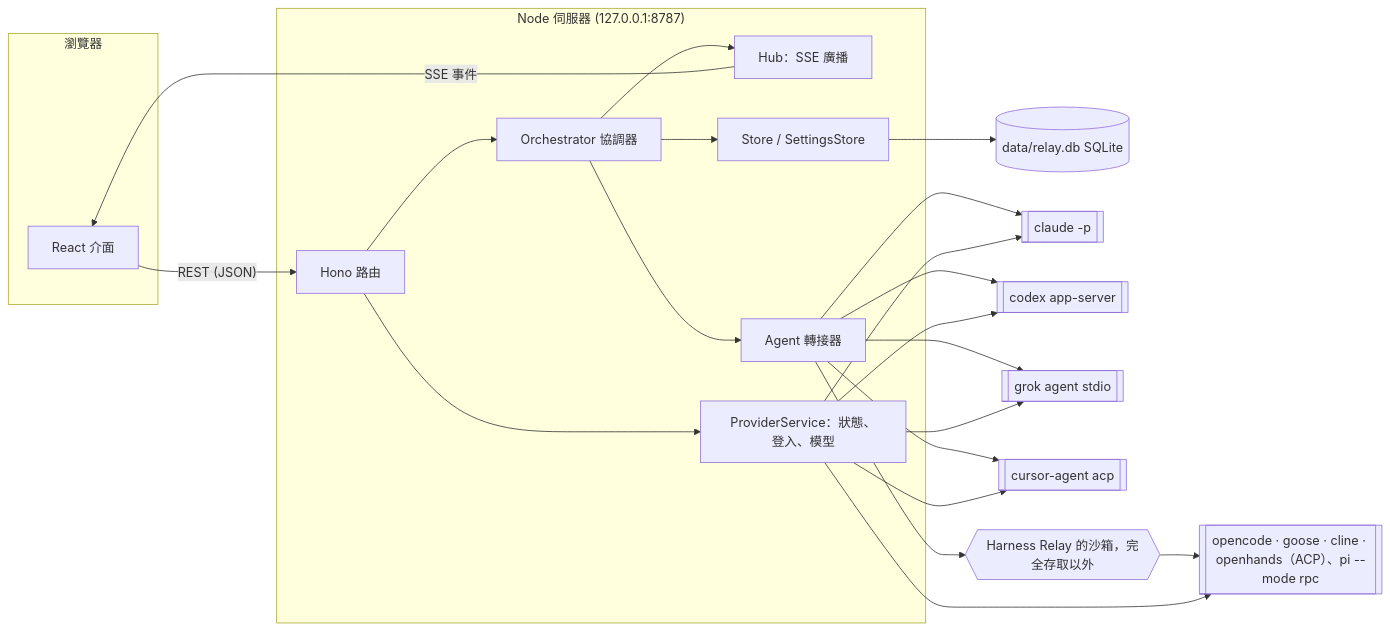
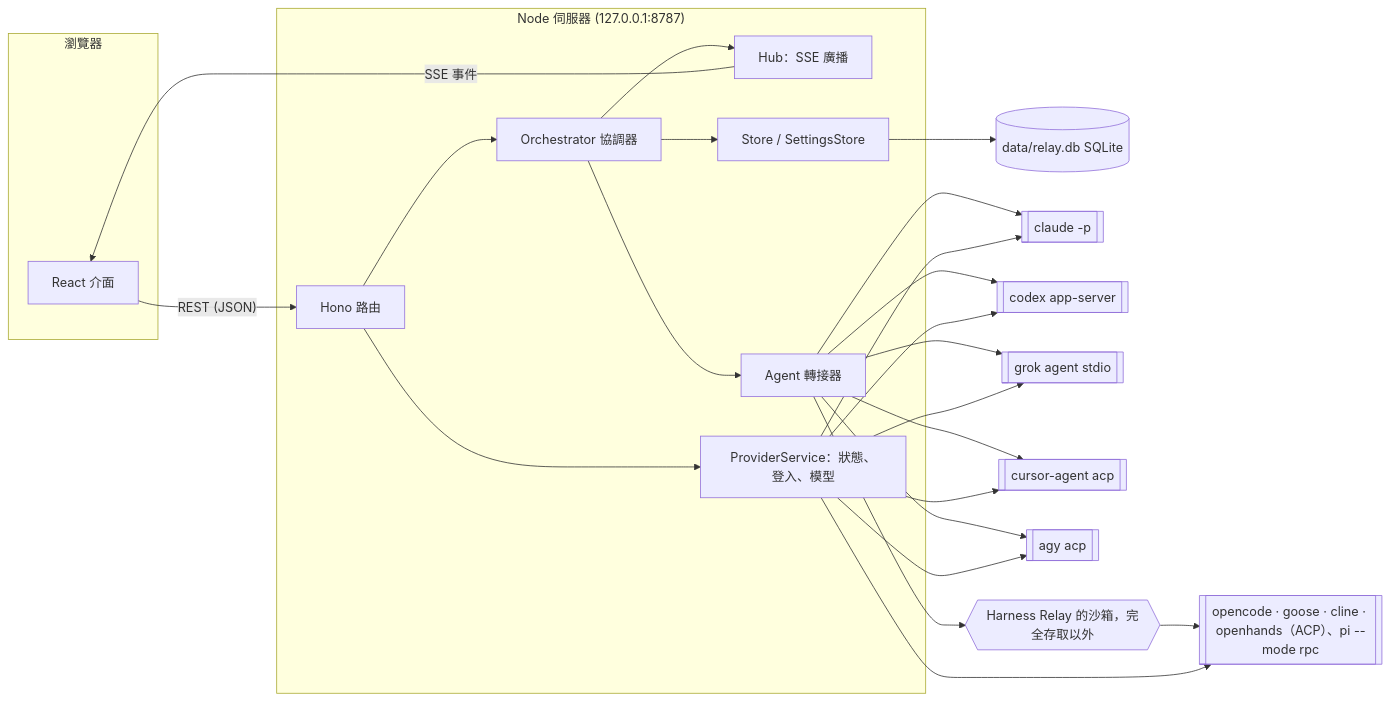
Before and after one commit to Agentic-System-Lab/harness-relay: the first of 2 diagrams in docs/architecture.zh-TW.md, drawn with Mermaid. The commit also changed other lines of this file and 76 other files, not shown here.

````diff
--- a/docs/architecture.zh-TW.md
+++ b/docs/architecture.zh-TW.md
@@ -12,33 +12,34 @@
 ```mermaid
 flowchart LR
   subgraph Browser["瀏覽器"]
     UI[React 介面]
   end
   subgraph Server["Node 伺服器 (127.0.0.1:8787)"]
     API[Hono 路由]
     ORCH[Orchestrator 協調器]
     HUB[Hub：SSE 廣播]
     STORE[Store / SettingsStore]
     PROV[ProviderService：狀態、登入、模型]
     RUN[Agent 轉接器]
   end
   DB[(data/relay.db SQLite)]
   CLAUDE[[claude -p]]
   CODEX[[codex app-server]]
   GROK[[grok agent stdio]]
   CURSOR[[cursor-agent acp]]
+  AGY[[agy acp]]
   SBX{{Harness Relay 的沙箱，完全存取以外}}
   OPEN[["opencode · goose · cline · openhands（ACP）、pi --mode rpc"]]
 
   UI -- REST (JSON) --> API
   HUB -- SSE 事件 --> UI
   API --> ORCH
   API --> PROV
   ORCH --> RUN
   ORCH --> HUB
   ORCH --> STORE
   STORE --> DB
-  RUN --> CLAUDE & CODEX & GROK & CURSOR
+  RUN --> CLAUDE & CODEX & GROK & CURSOR & AGY
   RUN --> SBX --> OPEN
-  PROV --> CLAUDE & CODEX & GROK & CURSOR & OPEN
+  PROV --> CLAUDE & CODEX & GROK & CURSOR & AGY & OPEN
 ```
````
